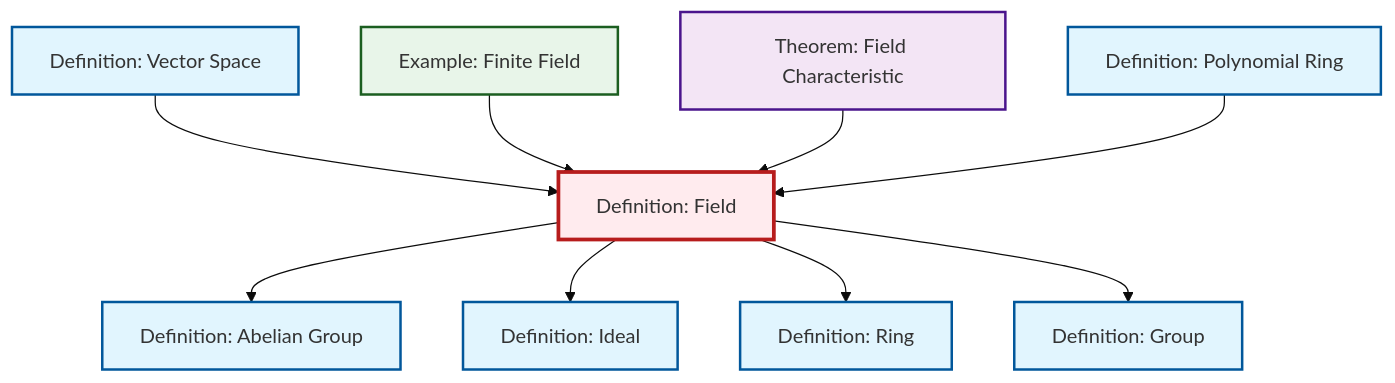
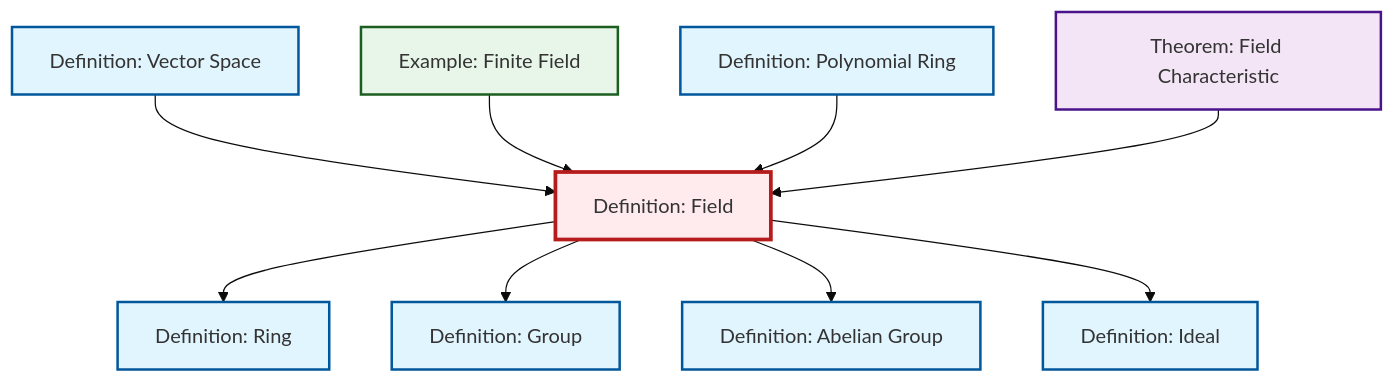
The diagram in content/ja/algebra/def-field.qmd (RK0429/ModernMath), drawn with Mermaid (base theme) before and after one commit. The commit also changed other lines of this file and 497 other files, not shown here.

````diff
--- a/content/ja/algebra/def-field.qmd
+++ b/content/ja/algebra/def-field.qmd
@@ -58,35 +58,35 @@
 ```{mermaid}
 %%| fig-cap: "Local dependency graph"
 graph TD
     classDef definition fill:#e1f5fe,stroke:#01579b,stroke-width:2px
     classDef theorem fill:#f3e5f5,stroke:#4a148c,stroke-width:2px
     classDef axiom fill:#fff3e0,stroke:#e65100,stroke-width:2px
     classDef example fill:#e8f5e9,stroke:#1b5e20,stroke-width:2px
     classDef current fill:#ffebee,stroke:#b71c1c,stroke-width:3px
+    def-field["Definition: Field"]:::definition
+    def-ideal["Definition: Ideal"]:::definition
+    def-vector-space["Definition: Vector Space"]:::definition
+    def-ring["Definition: Ring"]:::definition
+    def-group["Definition: Group"]:::definition
+    ex-finite-field["Example: Finite Field"]:::example
+    def-abelian-group["Definition: Abelian Group"]:::definition
+    def-polynomial-ring["Definition: Polynomial Ring"]:::definition
     thm-field-characteristic["Theorem: Field Characteristic"]:::theorem
-    def-abelian-group["Definition: Abelian Group"]:::definition
-    def-ideal["Definition: Ideal"]:::definition
-    def-field["Definition: Field"]:::definition
-    ex-finite-field["Example: Finite Field"]:::example
-    def-vector-space["Definition: Vector Space"]:::definition
-    def-polynomial-ring["Definition: Polynomial Ring"]:::definition
-    def-group["Definition: Group"]:::definition
-    def-ring["Definition: Ring"]:::definition
     def-vector-space --> def-field
+    def-field --> def-ring
+    ex-finite-field --> def-field
+    def-field --> def-group
     def-field --> def-abelian-group
-    ex-finite-field --> def-field
+    def-polynomial-ring --> def-field
+    thm-field-characteristic --> def-field
     def-field --> def-ideal
-    thm-field-characteristic --> def-field
-    def-field --> def-ring
-    def-field --> def-group
-    def-polynomial-ring --> def-field
     class def-field current
+    click def-ideal "def-ideal.html" "Definition: Idealへ"
+    click def-vector-space "def-vector-space.html" "Definition: Vector Spaceへ"
+    click def-ring "def-ring.html" "Definition: Ringへ"
+    click def-group "def-group.html" "Definition: Groupへ"
+    click ex-finite-field "ex-finite-field.html" "Example: Finite Fieldへ"
+    click def-abelian-group "def-abelian-group.html" "Definition: Abelian Groupへ"
+    click def-polynomial-ring "def-polynomial-ring.html" "Definition: Polynomial Ringへ"
     click thm-field-characteristic "thm-field-characteristic.html" "Theorem: Field Characteristicへ"
-    click def-abelian-group "def-abelian-group.html" "Definition: Abelian Groupへ"
-    click def-ideal "def-ideal.html" "Definition: Idealへ"
-    click ex-finite-field "ex-finite-field.html" "Example: Finite Fieldへ"
-    click def-vector-space "def-vector-space.html" "Definition: Vector Spaceへ"
-    click def-polynomial-ring "def-polynomial-ring.html" "Definition: Polynomial Ringへ"
-    click def-group "def-group.html" "Definition: Groupへ"
-    click def-ring "def-ring.html" "Definition: Ringへ"
 ```
````
